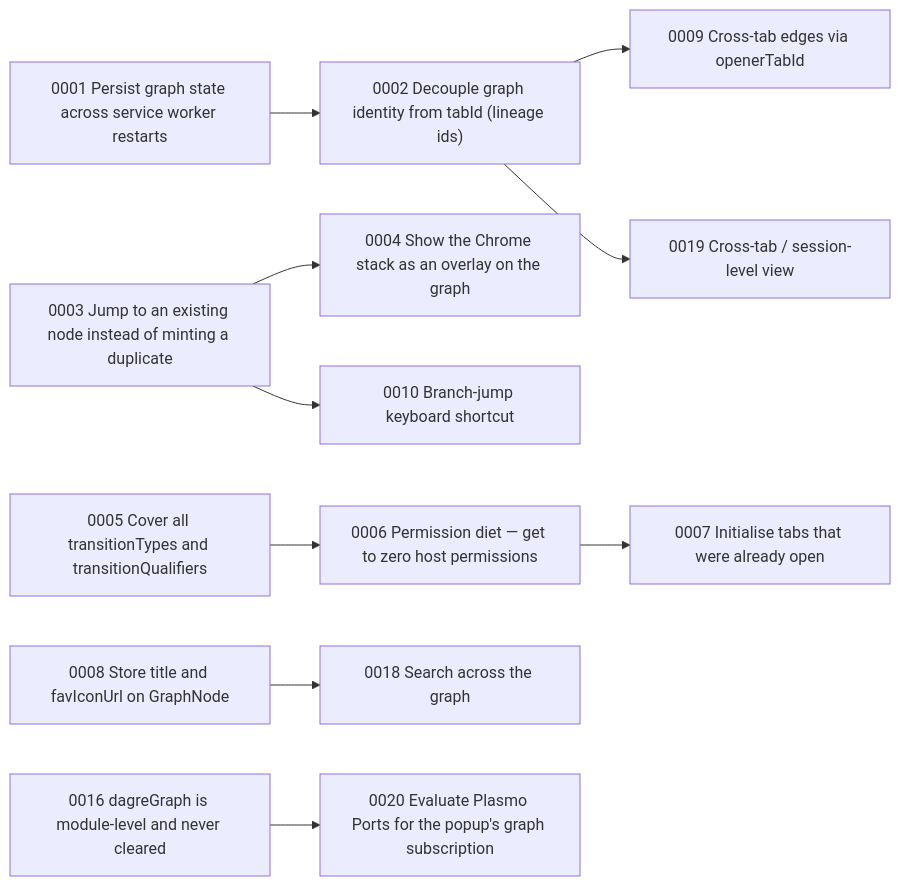
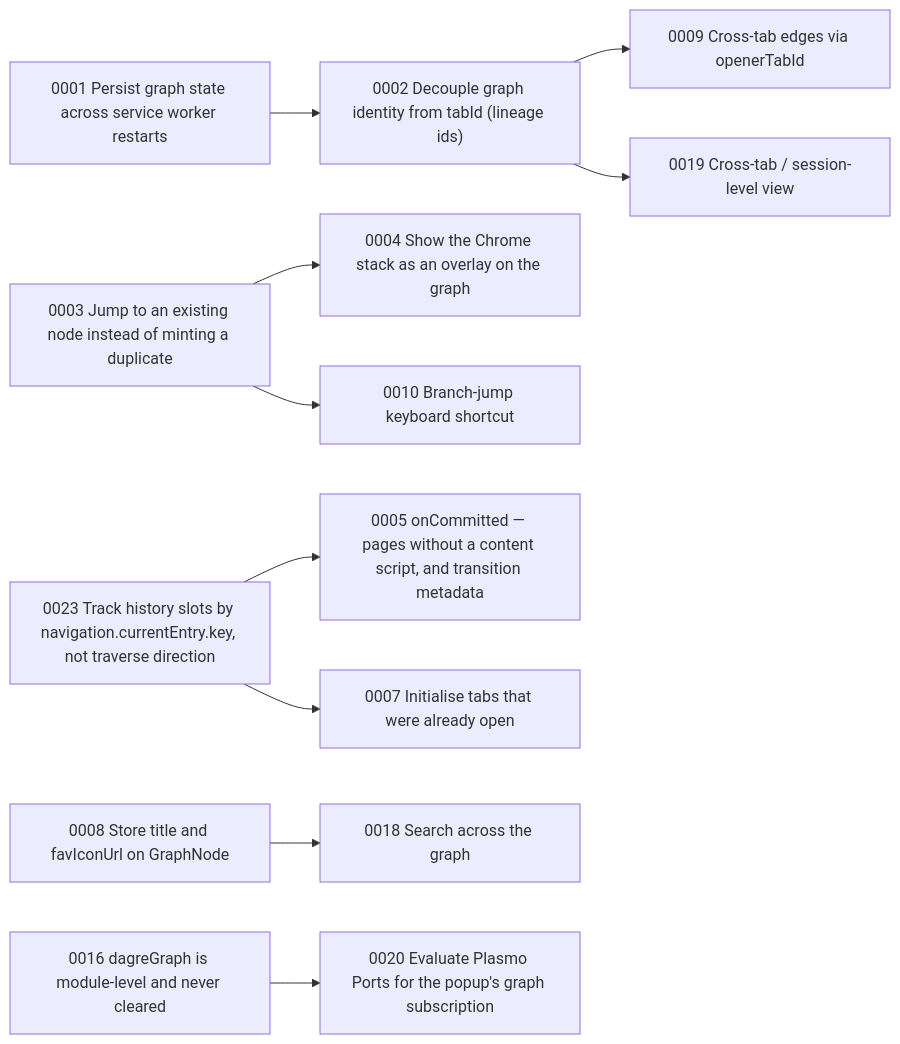
The diagram in tasks/INDEX.md (wderocco8/back-tab), drawn with Mermaid before and after one commit. The commit also changed other lines of this file and 8 other files, not shown here.

````diff
--- a/tasks/INDEX.md
+++ b/tasks/INDEX.md
@@ -60,26 +61,26 @@
 ```mermaid
 graph LR
   0001["0001 Persist graph state across service worker restarts"]
   0002["0002 Decouple graph identity from tabId (lineage ids)"]
   0003["0003 Jump to an existing node instead of minting a duplicate"]
   0004["0004 Show the Chrome stack as an overlay on the graph"]
-  0005["0005 Cover all transitionTypes and transitionQualifiers"]
-  0006["0006 Permission diet — get to zero host permissions"]
+  0005["0005 onCommitted — pages without a content script, and transition metadata"]
   0007["0007 Initialise tabs that were already open"]
   0008["0008 Store title and favIconUrl on GraphNode"]
   0009["0009 Cross-tab edges via openerTabId"]
   0010["0010 Branch-jump keyboard shortcut"]
   0016["0016 dagreGraph is module-level and never cleared"]
   0018["0018 Search across the graph"]
   0019["0019 Cross-tab / session-level view"]
   0020["0020 Evaluate Plasmo Ports for the popup's graph subscription"]
+  0023["0023 Track history slots by navigation.currentEntry.key, not traverse direction"]
   0001 --> 0002
   0003 --> 0004
-  0005 --> 0006
-  0006 --> 0007
+  0023 --> 0005
+  0023 --> 0007
   0002 --> 0009
   0003 --> 0010
   0008 --> 0018
   0002 --> 0019
   0016 --> 0020
 ```
````
